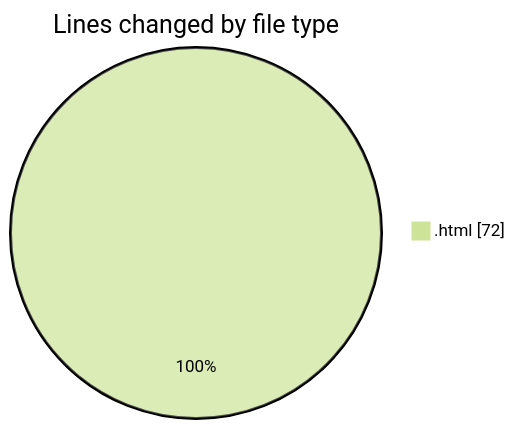
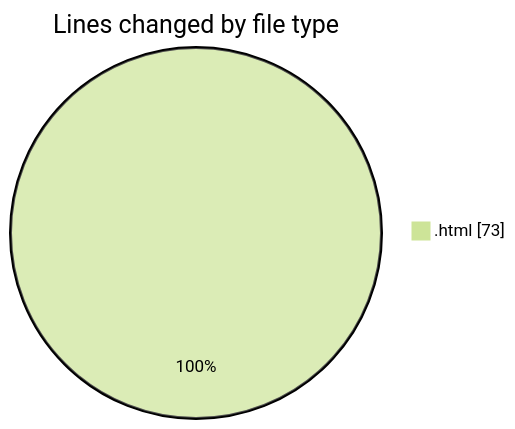
The first of 2 diagrams in 2025-01-09/nueva_carpeta/README.md (LanceThiago/code-tracking), drawn with Mermaid (forest theme) before and after one commit. The commit also changed other lines of this file and 1 other file, not shown here.

````diff
--- a/2025-01-09/nueva_carpeta/README.md
+++ b/2025-01-09/nueva_carpeta/README.md
@@ -20,5 +20,5 @@
 ```mermaid
 pie showData
 title Lines changed by file type
-".html" : 72
+".html" : 73
 ```
````
